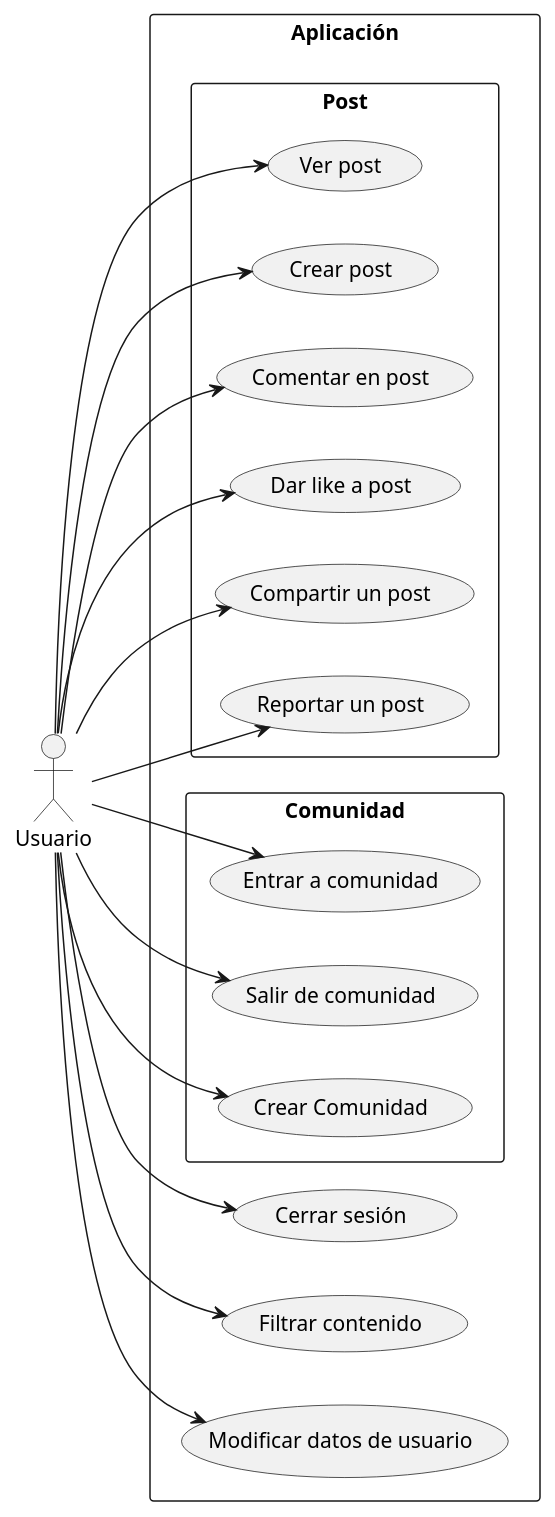
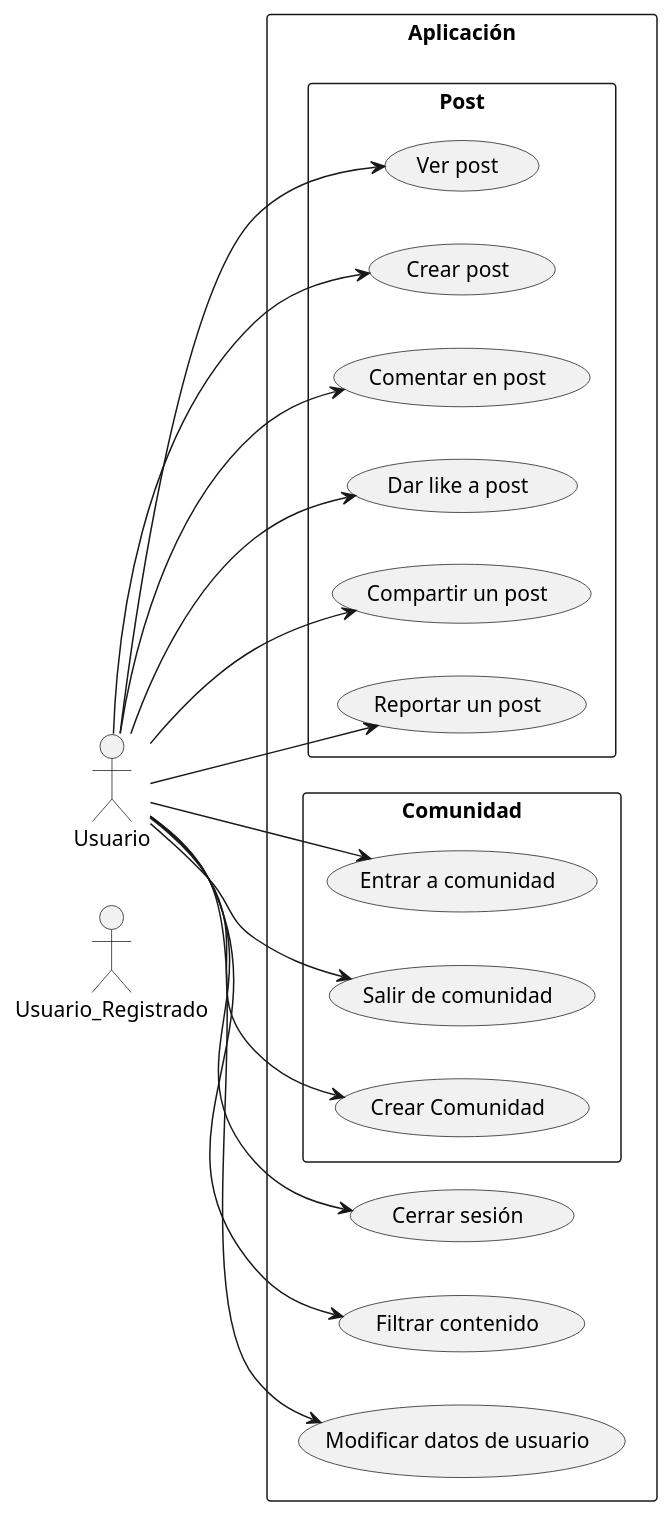
One commit to mmasias/24-25-IdSw1-SDR changed the diagram in modelosUML - Codigo/4ª_Iteración/dcuUR.puml. Above: the diagram before and after it, drawn with PlantUML.

Commit message:
Cambio nombre actor
aclaracion de nombre de actor de Usuario a Usuario_Registrado

```diff
--- a/modelosUML - Codigo/4ª_Iteración/dcuUR.puml
+++ b/modelosUML - Codigo/4ª_Iteración/dcuUR.puml
@@ -1,37 +1,37 @@
 @startuml
 left to right direction
-actor Usuario
+actor Usuario_Registrado
 
 rectangle "Aplicación" {
     usecase "Cerrar sesión" as UC1
     rectangle "Post"{
         usecase "Ver post" as UC2
         usecase "Crear post" as UC3
         usecase "Comentar en post" as UC4
         usecase "Dar like a post" as UC5
         usecase "Compartir un post" as UC6
         usecase "Reportar un post" as UC7
 }
     rectangle "Comunidad"{
         usecase "Entrar a comunidad" as UC8
         usecase "Salir de comunidad" as UC9
         usecase "Crear Comunidad" as UC10
 }
     usecase "Filtrar contenido" as UC11
     usecase "Modificar datos de usuario" as UC12
 
 }
 
 Usuario --> UC1
 Usuario --> UC2
 Usuario --> UC3
 Usuario --> UC4
 Usuario --> UC5
 Usuario --> UC6
 Usuario --> UC7
 Usuario --> UC8
 Usuario --> UC9
 Usuario --> UC10
 Usuario --> UC11
 Usuario --> UC12
 @enduml
```
